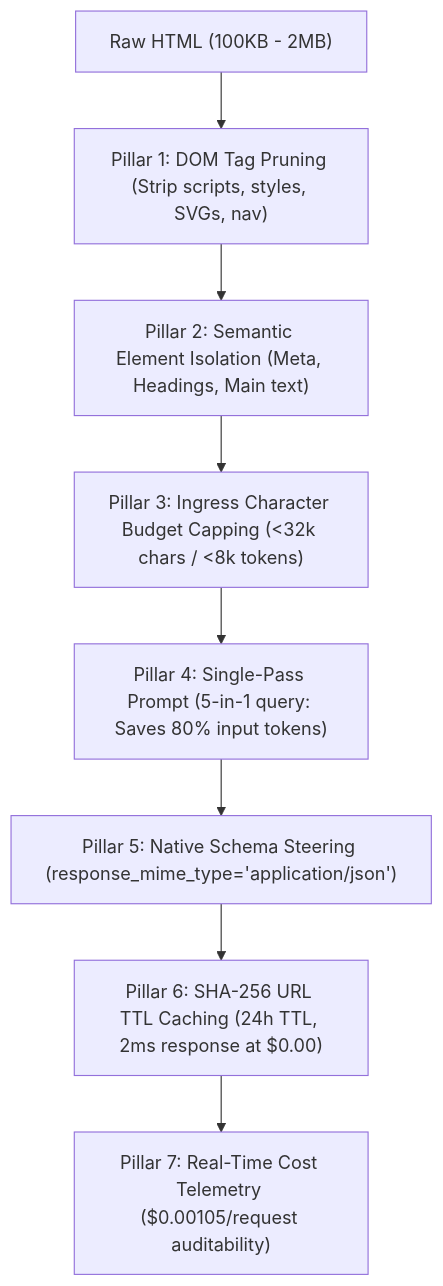
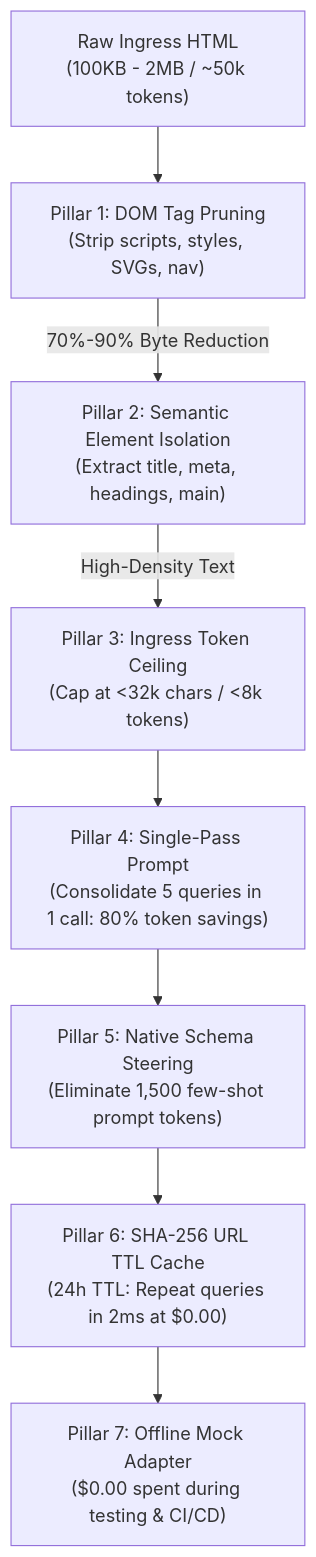
Before and after one commit to piyushmakhija28/ai-link-analysis: the diagram in docs/architecture/token-cost-optimization-architecture.md, drawn with Mermaid. The commit also changed other lines of this file and 4 other files, not shown here.

````diff
--- a/docs/architecture/token-cost-optimization-architecture.md
+++ b/docs/architecture/token-cost-optimization-architecture.md
@@ -16,10 +24,10 @@
 ```mermaid
 flowchart TD
-    Raw["Raw HTML (100KB - 2MB)"] --> P1["Pillar 1: DOM Tag Pruning (Strip scripts, styles, SVGs, nav)"]
-    P1 --> P2["Pillar 2: Semantic Element Isolation (Meta, Headings, Main text)"]
-    P2 --> P3["Pillar 3: Ingress Character Budget Capping (<32k chars / <8k tokens)"]
-    P3 --> P4["Pillar 4: Single-Pass Prompt (5-in-1 query: Saves 80% input tokens)"]
-    P4 --> P5["Pillar 5: Native Schema Steering (response_mime_type='application/json')"]
-    P5 --> P6["Pillar 6: SHA-256 URL TTL Caching (24h TTL, 2ms response at $0.00)"]
-    P6 --> P7["Pillar 7: Real-Time Cost Telemetry ($0.00105/request auditability)"]
+    Raw["Raw Ingress HTML<br/>(100KB - 2MB / ~50k tokens)"] --> P1["Pillar 1: DOM Tag Pruning<br/>(Strip scripts, styles, SVGs, nav)"]
+    P1 -->|70%-90% Byte Reduction| P2["Pillar 2: Semantic Element Isolation<br/>(Extract title, meta, headings, main)"]
+    P2 -->|High-Density Text| P3["Pillar 3: Ingress Token Ceiling<br/>(Cap at <32k chars / <8k tokens)"]
+    P3 --> P4["Pillar 4: Single-Pass Prompt<br/>(Consolidate 5 queries in 1 call: 80% token savings)"]
+    P4 --> P5["Pillar 5: Native Schema Steering<br/>(Eliminate 1,500 few-shot prompt tokens)"]
+    P5 --> P6["Pillar 6: SHA-256 URL TTL Cache<br/>(24h TTL: Repeat queries in 2ms at $0.00)"]
+    P6 --> P7["Pillar 7: Offline Mock Adapter<br/>($0.00 spent during testing & CI/CD)"]
 ```
````
